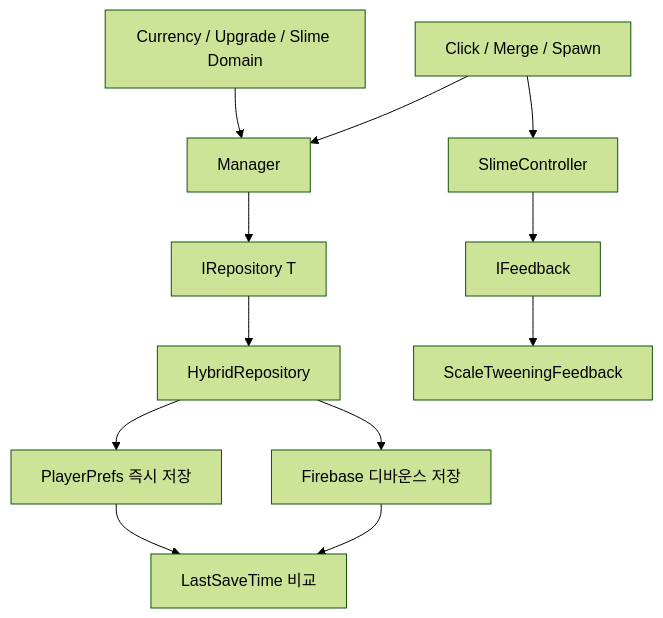
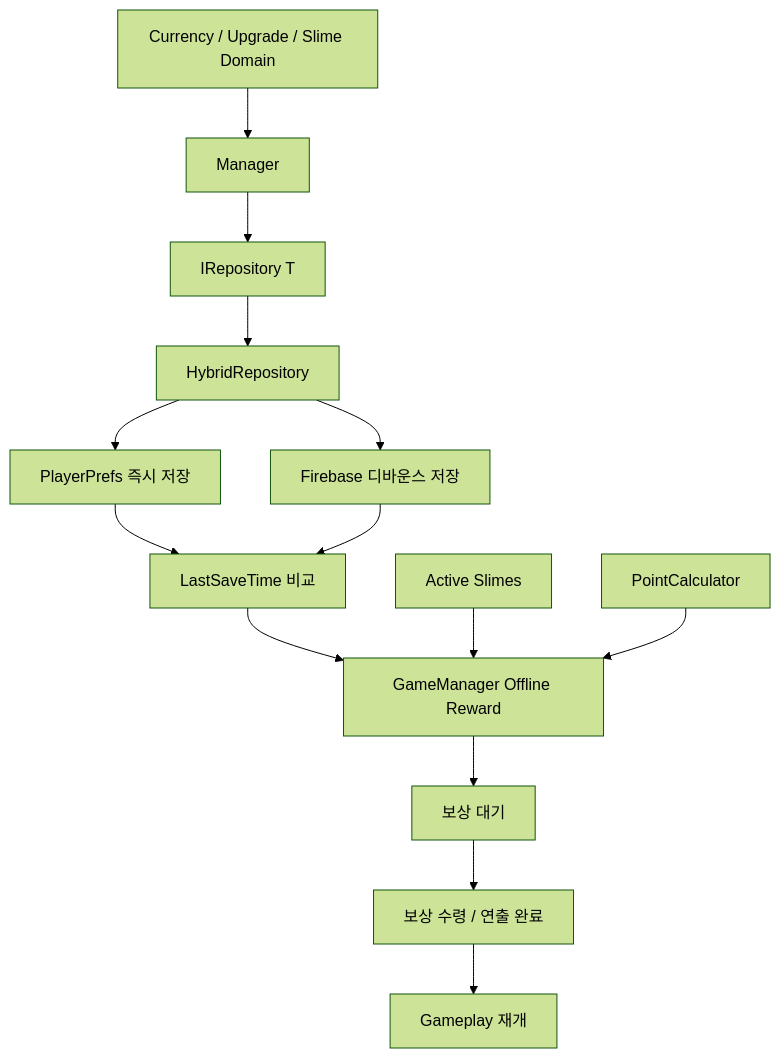
The diagram in MonsterKindergarten/README.md (jjh770/Unity-Portfolio-Code), drawn with Mermaid (forest theme) before and after one commit. The commit also changed other lines of this file and 7 other files, not shown here.

````diff
--- a/MonsterKindergarten/README.md
+++ b/MonsterKindergarten/README.md
@@ -25,15 +25,17 @@
 ```mermaid
 flowchart TD
     A[Currency / Upgrade / Slime Domain] --> B[Manager]
     B --> C[IRepository T]
     C --> D[HybridRepository]
     D --> E[PlayerPrefs 즉시 저장]
     D --> F[Firebase 디바운스 저장]
     E --> G[LastSaveTime 비교]
     F --> G
 
-    H[Click / Merge / Spawn] --> B
-    H --> I[SlimeController]
-    I --> J[IFeedback]
-    J --> K[ScaleTweeningFeedback]
+    G --> H[GameManager Offline Reward]
+    I[Active Slimes] --> H
+    J[PointCalculator] --> H
+    H --> K[보상 대기]
+    K --> L[보상 수령 / 연출 완료]
+    L --> M[Gameplay 재개]
 ```
````
